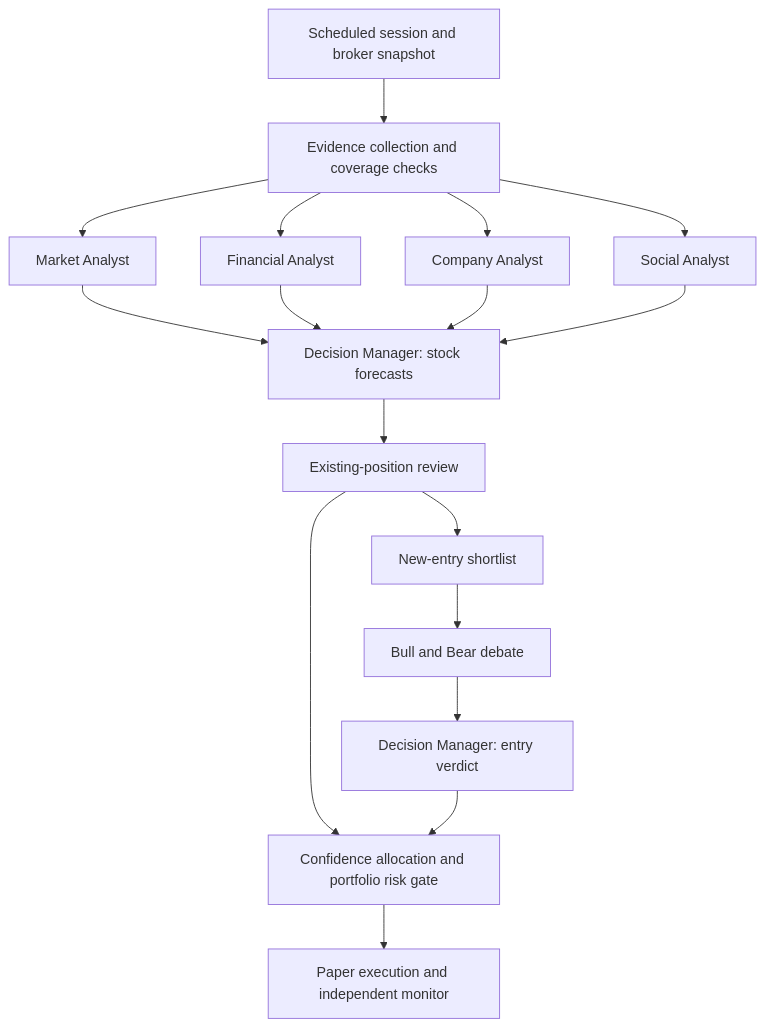
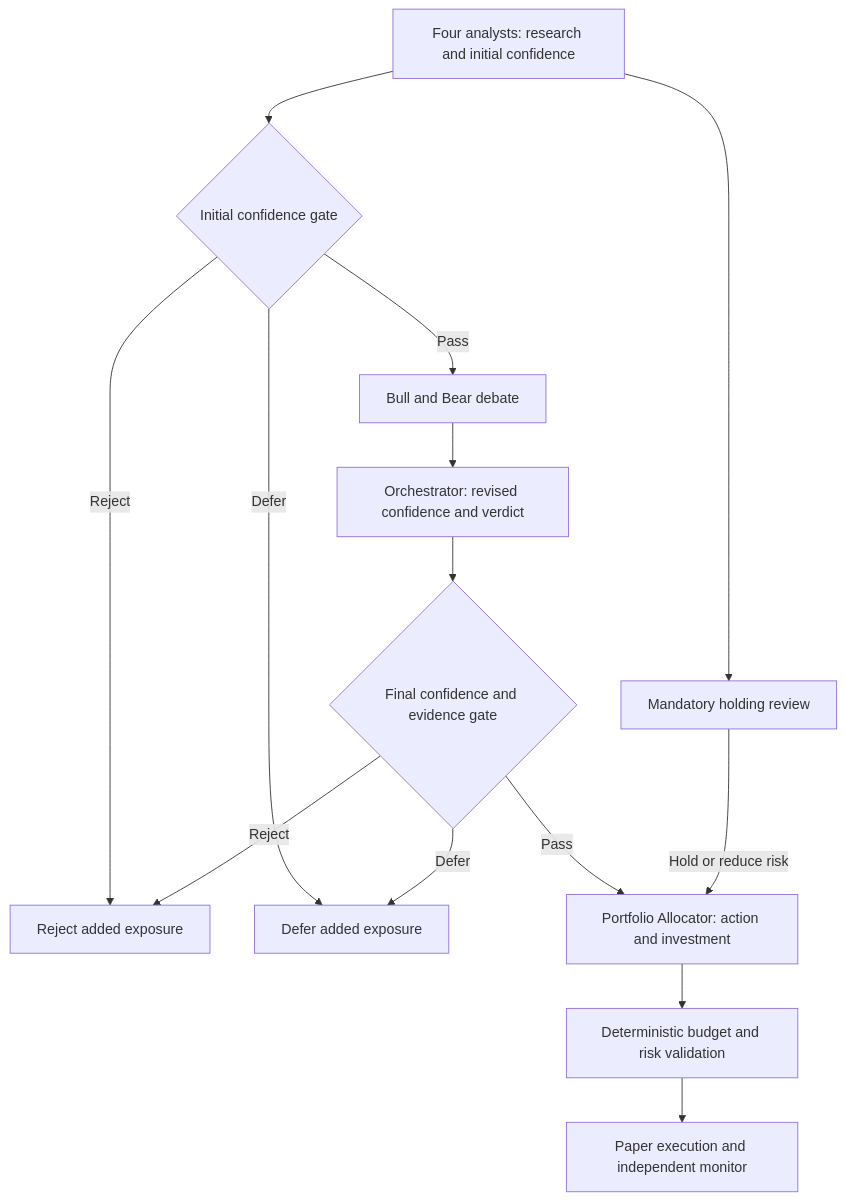
One commit to JKGiova/agentic-trading-workflow changed the diagram in docs/architecture.md. Above: the diagram before and after it, drawn with Mermaid. The commit also changed other lines of this file and 13 other files, not shown here.

Commit message:
docs: separate analysis and debate confidence from portfolio allocation

````diff
--- a/docs/architecture.md
+++ b/docs/architecture.md
@@ -29,19 +22,16 @@
 ```mermaid
 flowchart TD
-    S["Scheduled session and broker snapshot"] --> C["Evidence collection and coverage checks"]
-    C --> M["Market Analyst"]
-    C --> F["Financial Analyst"]
-    C --> N["Company Analyst"]
-    C --> X["Social Analyst"]
-    M --> D["Decision Manager: stock forecasts"]
-    F --> D
-    N --> D
-    X --> D
-    D --> P["Existing-position review"]
-    P --> L["New-entry shortlist"]
-    L --> B["Bull and Bear debate"]
-    B --> J["Decision Manager: entry verdict"]
-    P --> R["Confidence allocation and portfolio risk gate"]
-    J --> R
+    A["Four analysts: research and initial confidence"] --> H["Mandatory holding review"]
+    A --> G{"Initial confidence gate"}
+    G -->|Reject| X["Reject added exposure"]
+    G -->|Defer| W["Defer added exposure"]
+    G -->|Pass| B["Bull and Bear debate"]
+    B --> O["Orchestrator: revised confidence and verdict"]
+    O --> F{"Final confidence and evidence gate"}
+    F -->|Reject| X
+    F -->|Defer| W
+    F -->|Pass| P["Portfolio Allocator: action and investment"]
+    H -->|Hold or reduce risk| P
+    P --> R["Deterministic budget and risk validation"]
     R --> E["Paper execution and independent monitor"]
 ```
````
